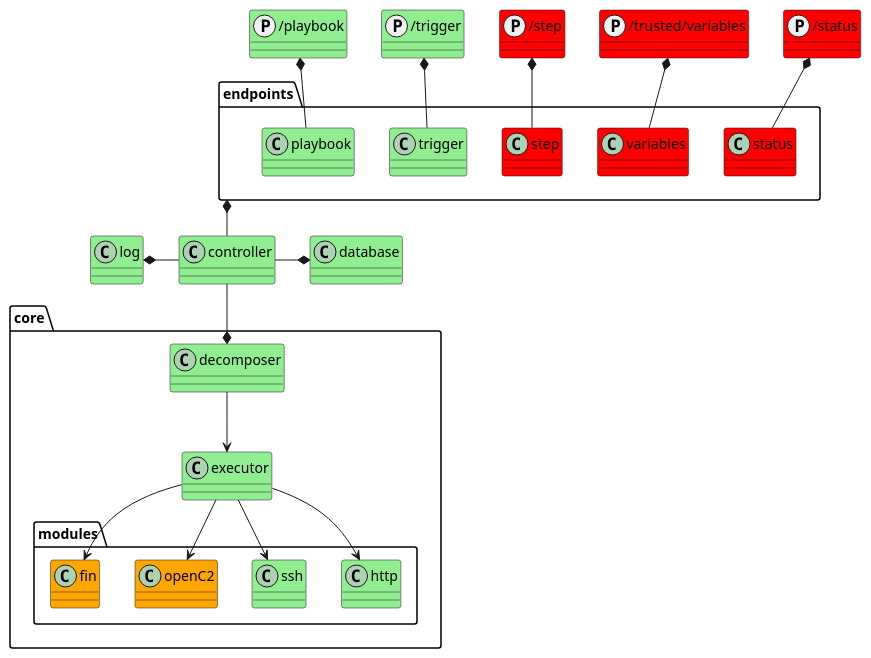
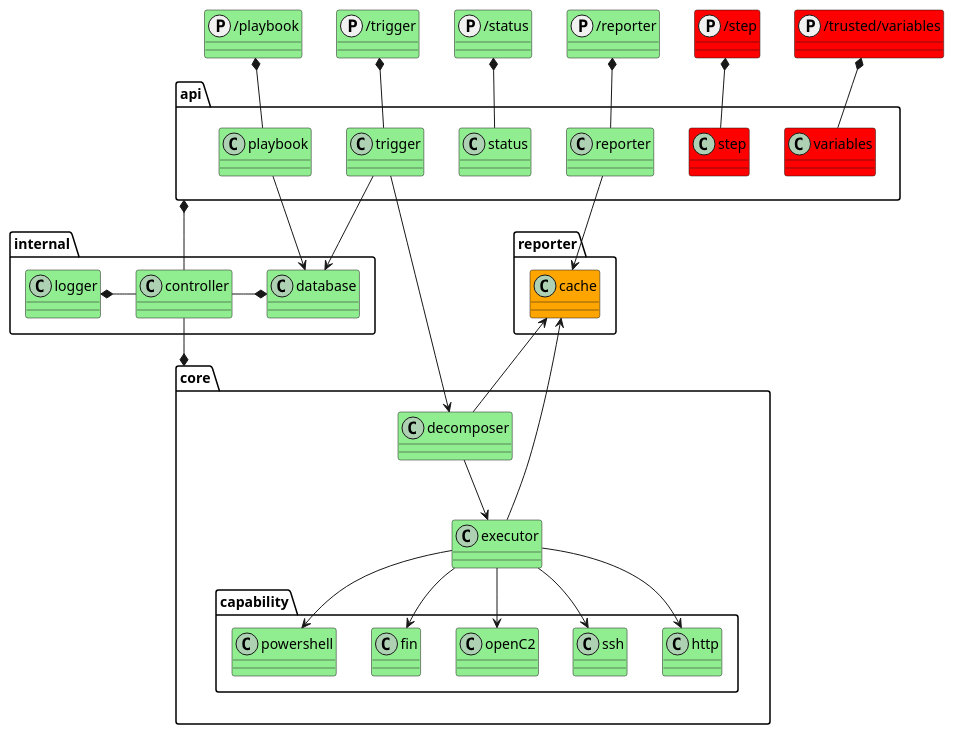
One commit to COSSAS/SOARCA changed the first of 4 diagrams in docs/content/en/docs/core-components/soarca-application-design.md. Above: the diagram before and after it, drawn with PlantUML. The commit also changed other lines of this file, not shown here.

Commit message:
Updated SOARCA component diagram to be in line with repo changes

````diff
--- a/docs/content/en/docs/core-components/soarca-application-design.md
+++ b/docs/content/en/docs/core-components/soarca-application-design.md
@@ -23,44 +23,63 @@
 ```plantuml
 @startuml
 set separator ::
 
 protocol /playbook #lightgreen
 protocol /trigger #lightgreen
+protocol /status #lightgreen
+protocol /reporter #lightgreen
 protocol /step #red
 protocol /trusted/variables #red
-protocol /status #red
 
-class controller  #lightgreen
-class database  #lightgreen
-class log  #lightgreen
+class internal::controller  #lightgreen
+class internal::database  #lightgreen
+class internal::logger  #lightgreen
 class core::decomposer #lightgreen
 class core::executor  #lightgreen
-class endpoints::playbook #lightgreen
-class endpoints::trigger #lightgreen
-class core::modules::http #lightgreen
-class core::modules::ssh #lightgreen
-class core::modules::openC2 #orange
-class core::modules::fin #orange
+class api::playbook #lightgreen
+class api::trigger #lightgreen
+class core::capability::http #lightgreen
+class core::capability::ssh #lightgreen
+class core::capability::openC2 #lightgreen
+class core::capability::fin #lightgreen
+class core::capability::powershell #lightgreen
+class api::status #lightgreen
+class api::reporter #lightgreen
 
-class endpoints::step #red
-class endpoints::variables #red
-class endpoints::status #red
+class api::step #red
+class api::variables #red
+
+class api::reporter #lightgreen
+
+class reporter::cache #orange
 
 
-"/step" *-- endpoints::step 
-"/playbook" *-- endpoints::playbook
-"/trigger" *-- endpoints::trigger
-"/status" *-- endpoints::status
-"/trusted/variables" *-- endpoints::variables
+"/step" *-- api::step 
+"/playbook" *-- api::playbook
+"/trigger" *-- api::trigger
+"/status" *-- api::status
+"/reporter" *-- api::reporter
+"/trusted/variables" *-- api::variables
 
-endpoints *-down- controller
+api *-down- controller
 controller -* database
-log *- controller
-controller -down-* core::decomposer
+logger *- controller
+controller -down-* core
+
+api::reporter -down-> reporter::cache
+
+reporter::cache <-- core::decomposer
+reporter::cache <-- core::executor
+
+api::playbook --> internal::database
+api::trigger --> core::decomposer
+api::trigger --> internal::database
+
 core::decomposer -down-> core::executor
-core::executor --> core::modules::openC2
-core::executor --> core::modules::fin
-core::executor --> core::modules::http
-core::executor --> core::modules::ssh
+core::executor --> core::capability::openC2
+core::executor --> core::capability::fin
+core::executor --> core::capability::http
+core::executor --> core::capability::ssh
+core::executor --> core::capability::powershell
 @enduml
 ```
````
